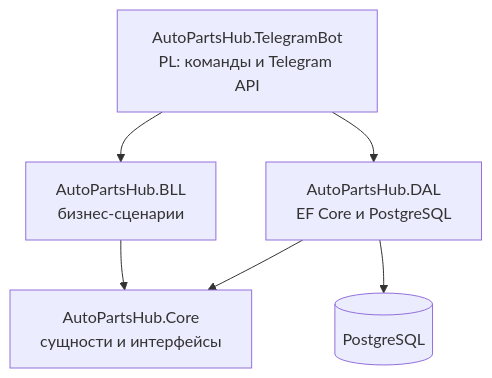
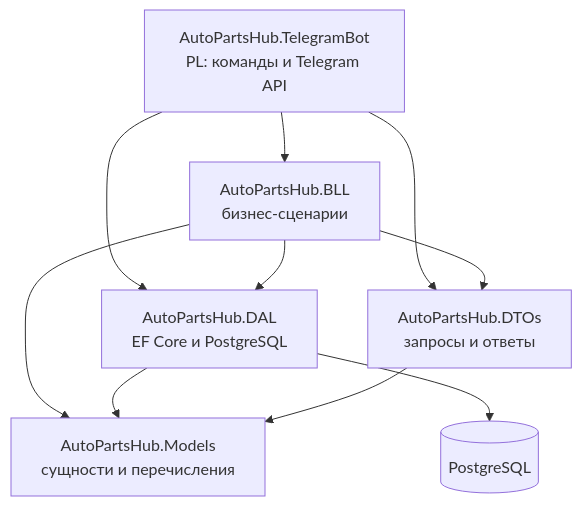
Before and after one commit to DiMatveev1991/AutoPartsHub: the first of 2 diagrams in README.md, drawn with Mermaid. The commit also changed other lines of this file and 3 other files, not shown here.

```diff
--- a/README.md
+++ b/README.md
@@ -36,8 +36,12 @@
 ~~~mermaid
 flowchart TD
     Bot["AutoPartsHub.TelegramBot<br/>PL: команды и Telegram API"] --> BLL["AutoPartsHub.BLL<br/>бизнес-сценарии"]
     Bot --> DAL["AutoPartsHub.DAL<br/>EF Core и PostgreSQL"]
-    BLL --> Core["AutoPartsHub.Core<br/>сущности и интерфейсы"]
-    DAL --> Core
+    Bot --> DTOs["AutoPartsHub.DTOs<br/>запросы и ответы"]
+    BLL --> DAL
+    BLL --> DTOs
+    BLL --> Models["AutoPartsHub.Models<br/>сущности и перечисления"]
+    DAL --> Models
+    DTOs --> Models
     DAL --> DB[(PostgreSQL)]
 ~~~
```
